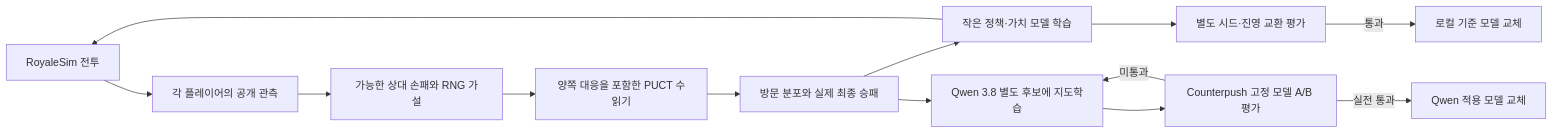
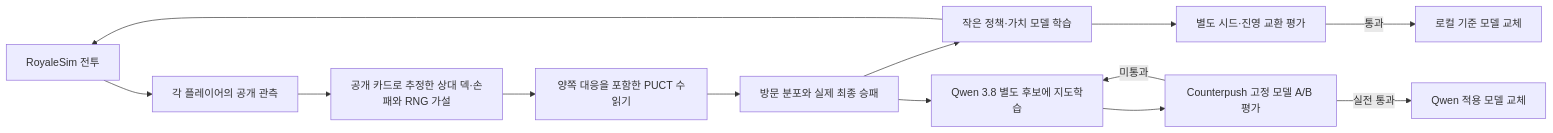
One commit to jingeon27/side-project changed the diagram in projects/clash-bot/docs/arena-learning.md. Above: the diagram before and after it, drawn with Mermaid. The commit also changed other lines of this file and 24 other files, not shown here.

````diff
--- a/projects/clash-bot/docs/arena-learning.md
+++ b/projects/clash-bot/docs/arena-learning.md
@@ -7,15 +7,15 @@
 ```mermaid
 flowchart LR
   E[RoyaleSim 전투] --> P[각 플레이어의 공개 관측]
-  P --> M[가능한 상대 손패와 RNG 가설]
+  P --> M[공개 카드로 추정한 상대 덱·손패와 RNG 가설]
   M --> S[양쪽 대응을 포함한 PUCT 수읽기]
   S --> R[방문 분포와 실제 최종 승패]
   R --> L[작은 정책·가치 모델 학습]
   L --> E
   L --> V[별도 시드·진영 교환 평가]
   V -->|통과| C[로컬 기준 모델 교체]
   R --> Q[Qwen 3.8 별도 후보에 지도학습]
   Q --> A[Counterpush 고정 모델 A/B 평가]
   A -->|실전 통과| D[Qwen 적용 모델 교체]
   A -->|미통과| Q
 ```
````
